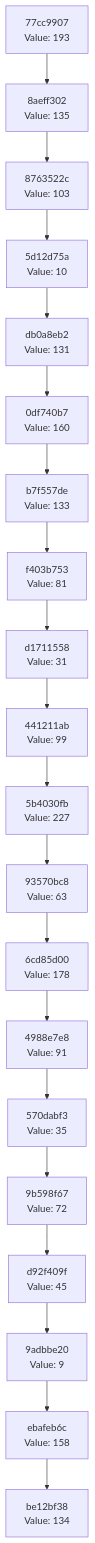
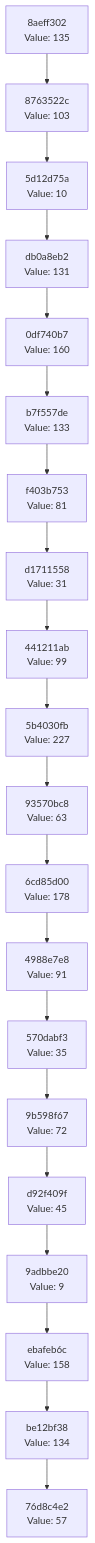
One commit to Abhisheksinha1506/hash-chain-evolver changed the diagram in docs/CHAIN_VISUALIZATION.md. Above: the diagram before and after it, drawn with Mermaid. The commit also changed 2 other files, not shown here.

Commit message:
Evolution Step

````diff
--- a/docs/CHAIN_VISUALIZATION.md
+++ b/docs/CHAIN_VISUALIZATION.md
@@ -3,42 +3,42 @@
 ```mermaid
 graph TD
-    C0["be12bf38<br/>Value: 134"]
-    C1["ebafeb6c<br/>Value: 158"]
+    C0["76d8c4e2<br/>Value: 57"]
+    C1["be12bf38<br/>Value: 134"]
     C1 --> C0
-    C2["9adbbe20<br/>Value: 9"]
+    C2["ebafeb6c<br/>Value: 158"]
     C2 --> C1
-    C3["d92f409f<br/>Value: 45"]
+    C3["9adbbe20<br/>Value: 9"]
     C3 --> C2
-    C4["9b598f67<br/>Value: 72"]
+    C4["d92f409f<br/>Value: 45"]
     C4 --> C3
-    C5["570dabf3<br/>Value: 35"]
+    C5["9b598f67<br/>Value: 72"]
     C5 --> C4
-    C6["4988e7e8<br/>Value: 91"]
+    C6["570dabf3<br/>Value: 35"]
     C6 --> C5
-    C7["6cd85d00<br/>Value: 178"]
+    C7["4988e7e8<br/>Value: 91"]
     C7 --> C6
-    C8["93570bc8<br/>Value: 63"]
+    C8["6cd85d00<br/>Value: 178"]
     C8 --> C7
-    C9["5b4030fb<br/>Value: 227"]
+    C9["93570bc8<br/>Value: 63"]
     C9 --> C8
-    C10["441211ab<br/>Value: 99"]
+    C10["5b4030fb<br/>Value: 227"]
     C10 --> C9
-    C11["d1711558<br/>Value: 31"]
+    C11["441211ab<br/>Value: 99"]
     C11 --> C10
-    C12["f403b753<br/>Value: 81"]
+    C12["d1711558<br/>Value: 31"]
     C12 --> C11
-    C13["b7f557de<br/>Value: 133"]
+    C13["f403b753<br/>Value: 81"]
     C13 --> C12
-    C14["0df740b7<br/>Value: 160"]
+    C14["b7f557de<br/>Value: 133"]
     C14 --> C13
-    C15["db0a8eb2<br/>Value: 131"]
+    C15["0df740b7<br/>Value: 160"]
     C15 --> C14
-    C16["5d12d75a<br/>Value: 10"]
+    C16["db0a8eb2<br/>Value: 131"]
     C16 --> C15
-    C17["8763522c<br/>Value: 103"]
+    C17["5d12d75a<br/>Value: 10"]
     C17 --> C16
-    C18["8aeff302<br/>Value: 135"]
+    C18["8763522c<br/>Value: 103"]
     C18 --> C17
-    C19["77cc9907<br/>Value: 193"]
+    C19["8aeff302<br/>Value: 135"]
     C19 --> C18
 ```
````
